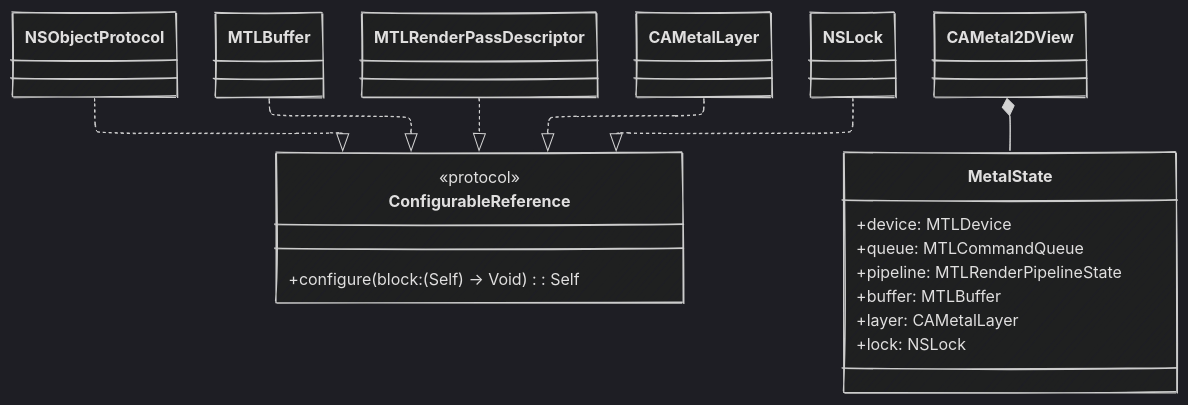
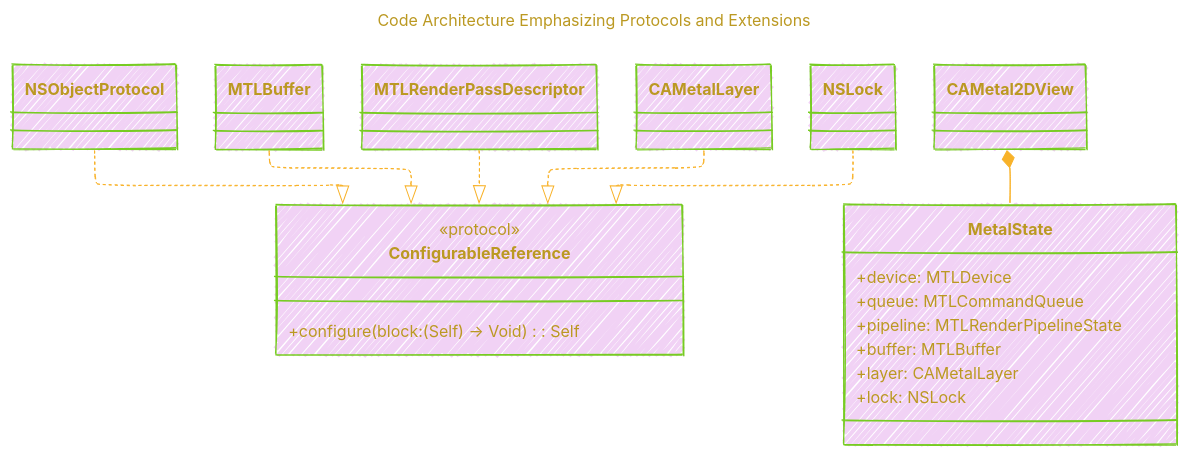
One commit to CongLeSolutionX/Metal-Primitives changed diagram 15 of 26 in DOCUMENTATIONS/Documentation.md. Above: the diagram before and after it, drawn with Mermaid. The commit also changed other lines of this file, not shown here.

````diff
--- a/DOCUMENTATIONS/Documentation.md
+++ b/DOCUMENTATIONS/Documentation.md
@@ -884,31 +1018,45 @@
 ```mermaid
 ---
+title: "Code Architecture Emphasizing Protocols and Extensions"
 config:
   layout: elk
   look: handDrawn
-  theme: dark
+  theme: base
 ---
+%%%%%%%% Mermaid version v11.4.1-b.14
+%%{
+  init: {
+    "classDiagram": { "htmlLabels": false },
+    'fontFamily': 'Fantasy',
+    'themeVariables': {
+      'primaryColor': '#B2C3',
+      'primaryTextColor': '#B92',
+      'primaryBorderColor': '#7c2',
+      'lineColor': '#F8B229'
+    }
+  }
+}%%
 classDiagram
     class ConfigurableReference {
         <<protocol>>
         +configure(block: (Self) -> Void) : Self
     }
 
     NSObjectProtocol ..|> ConfigurableReference
     MTLBuffer ..|> ConfigurableReference
     MTLRenderPassDescriptor ..|> ConfigurableReference
     CAMetalLayer ..|> ConfigurableReference
     NSLock ..|> ConfigurableReference
 
     CAMetal2DView *-- MetalState
 
     class MetalState {
         +device: MTLDevice
         +queue: MTLCommandQueue
         +pipeline: MTLRenderPipelineState
         +buffer: MTLBuffer
         +layer: CAMetalLayer
         +lock: NSLock
     }
     
 ```
````
